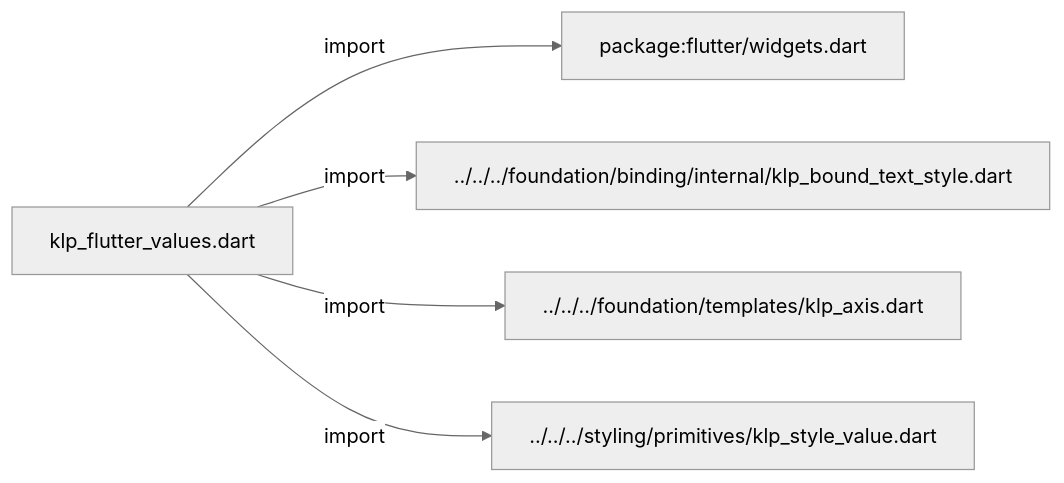
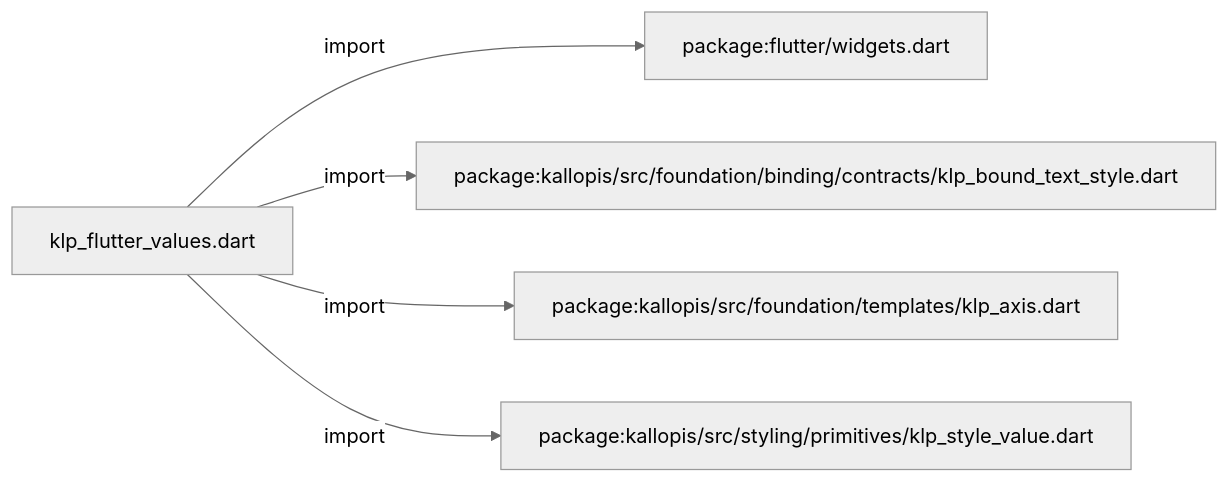
The diagram in docs/architecture/src/rendering/flutter/internal/klp_flutter_values.md (MiuDog/Kallopis), drawn with Mermaid (neutral theme) before and after one commit. The commit also changed other lines of this file and 9688 other files, not shown here.

Commit message:
Prepare isolated Flow F2 peer baseline

````diff
--- a/docs/architecture/src/rendering/flutter/internal/klp_flutter_values.md
+++ b/docs/architecture/src/rendering/flutter/internal/klp_flutter_values.md
@@ -11,12 +11,12 @@
 ```mermaid
 flowchart LR
 	n0["klp_flutter_values.dart"]
 	n1["package:flutter/widgets.dart"]
-	n2["../../../foundation/binding/internal/klp_bound_text_style.dart"]
-	n3["../../../foundation/templates/klp_axis.dart"]
-	n4["../../../styling/primitives/klp_style_value.dart"]
+	n2["package:kallopis/src/foundation/binding/contracts/klp_bound_text_style.dart"]
+	n3["package:kallopis/src/foundation/templates/klp_axis.dart"]
+	n4["package:kallopis/src/styling/primitives/klp_style_value.dart"]
 	n0 -->|"import"| n1
 	n0 -->|"import"| n2
 	n0 -->|"import"| n3
 	n0 -->|"import"| n4
 ```
````
